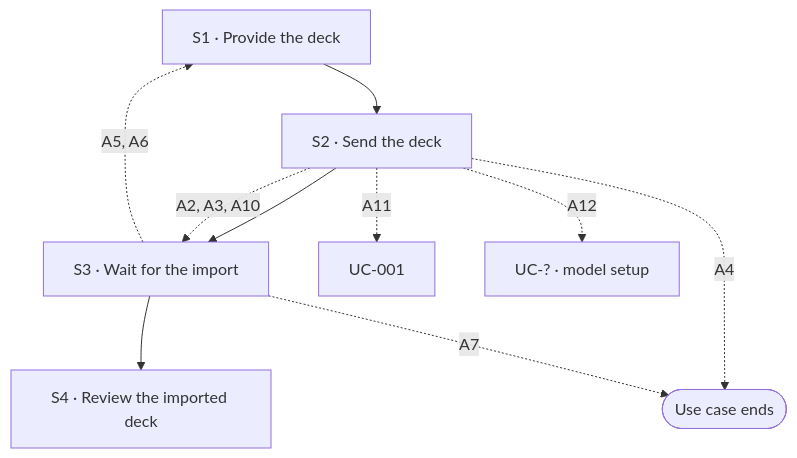
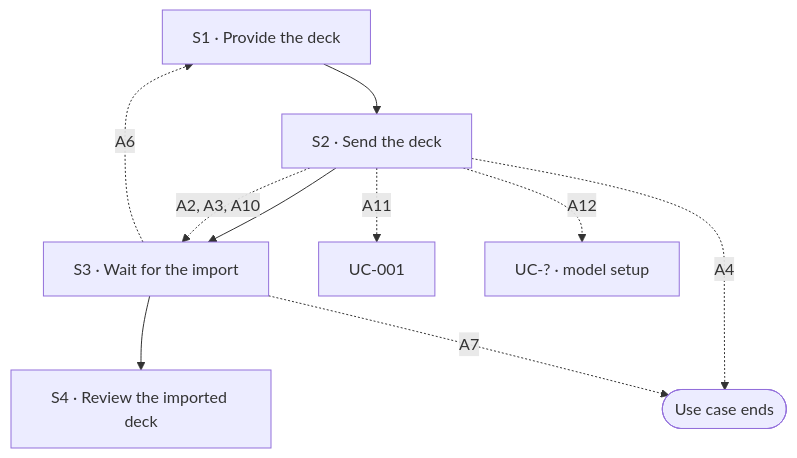
One commit to Luke23127006/DeckAgent changed the diagram in docs/spec/02-use-cases/UC-004.md. Above: the diagram before and after it, drawn with Mermaid. The commit also changed other lines of this file and 3 other files, not shown here.

````diff
--- a/docs/spec/02-use-cases/UC-004.md
+++ b/docs/spec/02-use-cases/UC-004.md
@@ -18,17 +18,17 @@
 ```mermaid
 flowchart TD
   S1["S1 · Provide the deck"]
   S2["S2 · Send the deck"]
   S3["S3 · Wait for the import"]
   S4["S4 · Review the imported deck"]
   DONE(["Use case ends"])
   UC001["UC-001"]
   UCQ1["UC-? · model setup"]
   S1 --> S2 --> S3 --> S4
   S2 -.->|"A2, A3, A10"| S3
   S2 -.->|"A4"| DONE
   S2 -.->|"A11"| UC001
   S2 -.->|"A12"| UCQ1
-  S3 -.->|"A5, A6"| S1
+  S3 -.->|"A6"| S1
   S3 -.->|"A7"| DONE
 ```
````
